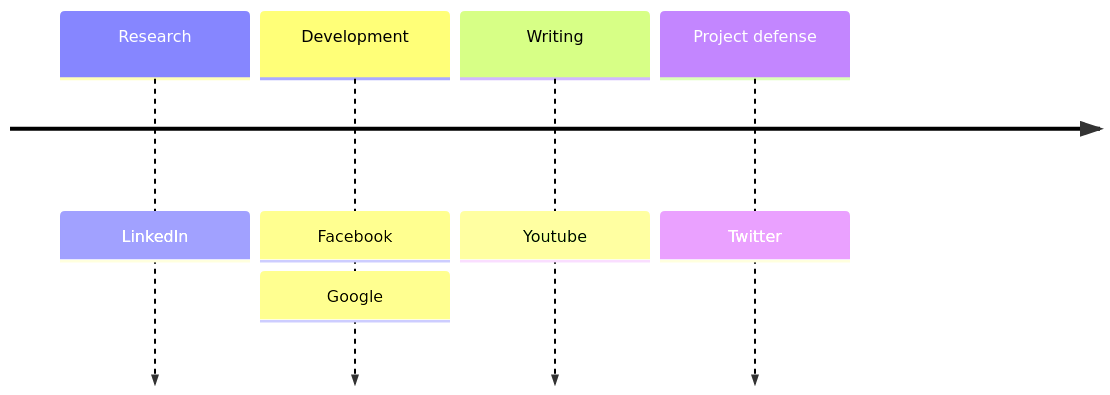
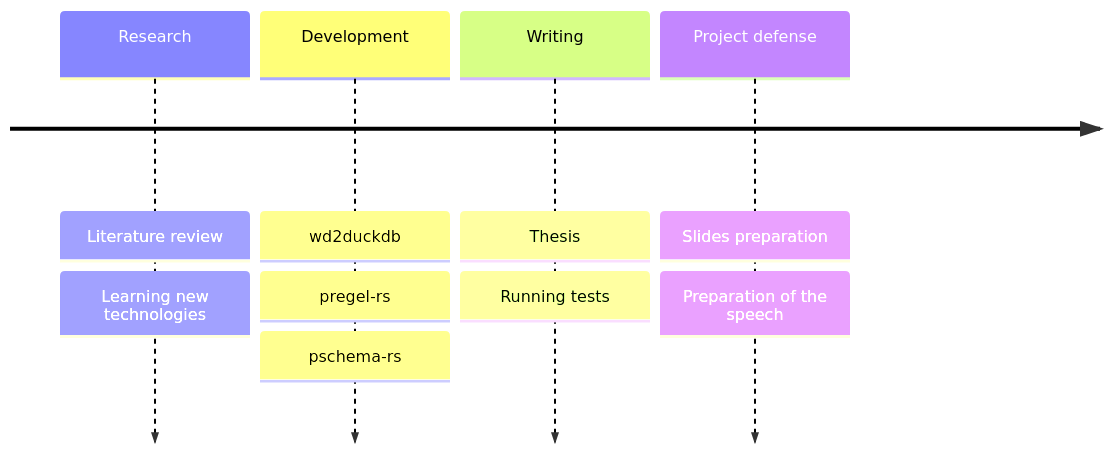
One commit to angelip2303/tfg changed the first of 13 diagrams in slides/slides.md. Above: the diagram before and after it, drawn with Mermaid. The commit also changed other lines of this file and 9 other files, not shown here.

````diff
--- a/slides/slides.md
+++ b/slides/slides.md
@@ -34,8 +34,16 @@
 ```mermaid
 timeline
-    Research : LinkedIn
-    Development : Facebook
-         : Google
-    Writing : Youtube
-    Project defense : Twitter
+    Research 
+        : Literature review
+        : Learning new technologies
+    Development 
+        : wd2duckdb
+        : pregel-rs
+        : pschema-rs
+    Writing
+        : Thesis
+        : Running tests
+    Project defense
+        : Slides preparation
+        : Preparation of the speech
 ```
````
